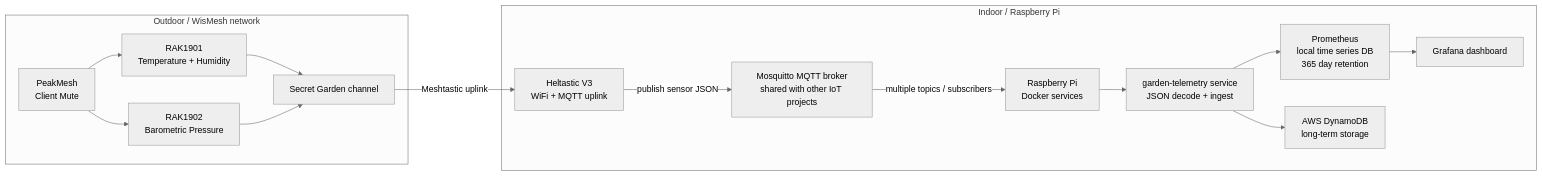
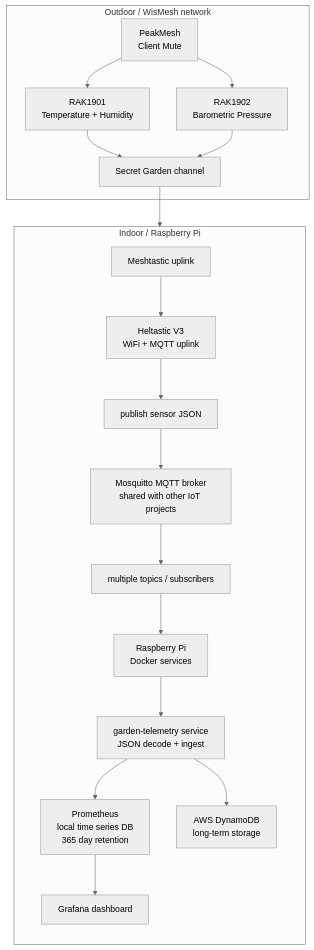
One commit to teisha/wismesh-mqtt-sensors changed the diagram in README.md. Above: the diagram before and after it, drawn with Mermaid (neutral theme).

Commit message:
mermaid update

````diff
--- a/README.md
+++ b/README.md
@@ -94,32 +94,36 @@
 ```mermaid
-flowchart LR
+flowchart TB
     subgraph Outdoor["Outdoor / WisMesh network"]
         PM["PeakMesh\nClient Mute"]
         S1["RAK1901\nTemperature + Humidity"]
         S2["RAK1902\nBarometric Pressure"]
         CH["Secret Garden channel"]
 
         PM --> S1
         PM --> S2
         S1 --> CH
         S2 --> CH
     end
 
     subgraph Indoor["Indoor / Raspberry Pi"]
+        direction TB
         HV["Heltastic V3\nWiFi + MQTT uplink"]
+        M1["Meshtastic uplink"]
         MQTT["Mosquitto MQTT broker\nshared with other IoT projects"]
+        M2["publish sensor JSON"]
         PI["Raspberry Pi\nDocker services"]
+        M3["multiple topics / subscribers"]
         PROC["garden-telemetry service\nJSON decode + ingest"]
         PROM["Prometheus\nlocal time series DB\n365 day retention"]
         AWS["AWS DynamoDB\nlong-term storage"]
         GRAF["Grafana dashboard"]
 
-        CH -->|Meshtastic uplink| HV
-        HV -->|publish sensor JSON| MQTT
-        MQTT -->|multiple topics / subscribers| PI
+        CH --> M1 --> HV
+        HV --> M2 --> MQTT
+        MQTT --> M3 --> PI
         PI --> PROC
         PROC --> PROM
         PROC --> AWS
         PROM --> GRAF
     end
 ```
````
